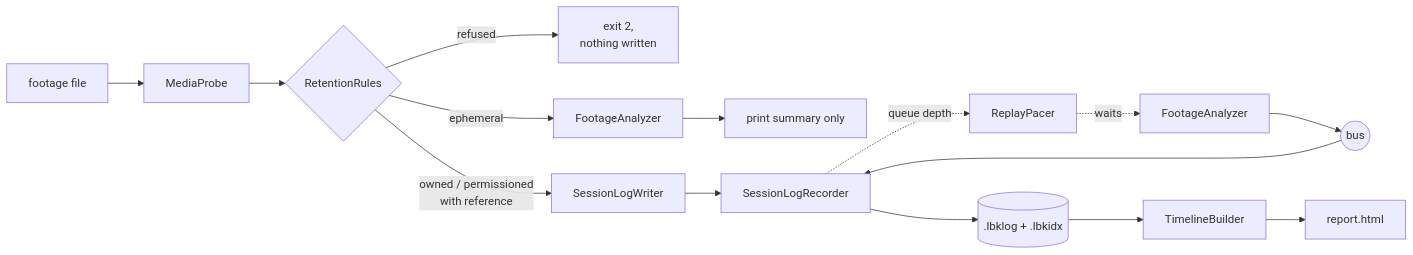
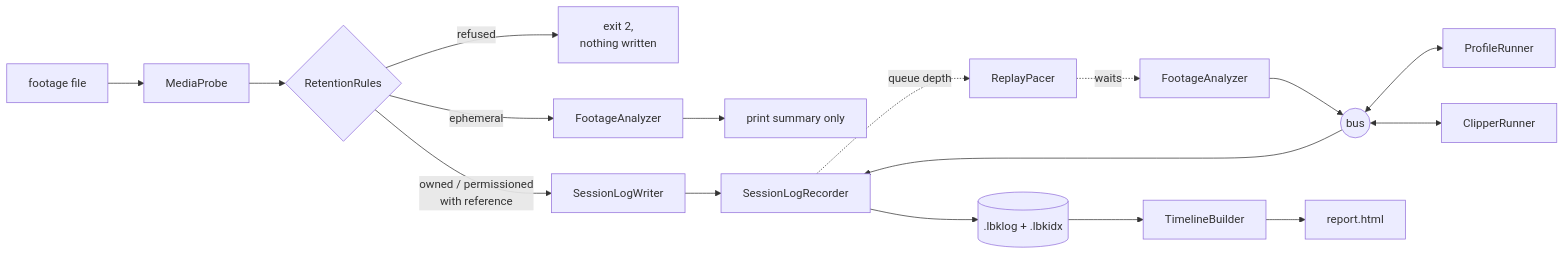
The diagram in docs/wiki/Testbench.md (Joshmh7128/Lookback), drawn with Mermaid before and after one commit. The commit also changed other lines of this file and 11 other files, not shown here.

First line of the commit message:
Docs: Clipper wiki page; Architecture, Testbench, Testing, Home, sidebar for M2

````diff
--- a/docs/wiki/Testbench.md
+++ b/docs/wiki/Testbench.md
@@ -36,13 +46,14 @@
 ```mermaid
 flowchart LR
     F[footage file] --> P[MediaProbe]
     P --> R{RetentionRules}
     R -- refused --> X["exit 2,<br/>nothing written"]
     R -- ephemeral --> A1[FootageAnalyzer] --> SUM[print summary only]
     R -- owned / permissioned<br/>with reference --> W[SessionLogWriter]
     W --> REC[SessionLogRecorder]
     A2[FootageAnalyzer] --> BUS((bus)) --> REC
+    BUS <--> PRR[ProfileRunner] & CLR[ClipperRunner]
     REC -. queue depth .-> PACE[ReplayPacer] -. waits .-> A2
     REC --> LOG[(.lbklog + .lbkidx)]
     LOG --> TB[TimelineBuilder] --> HTML[report.html]
 ```
````
